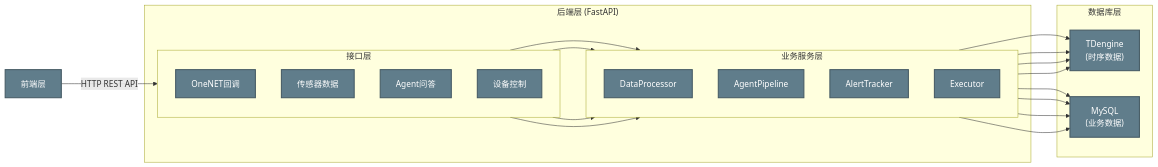
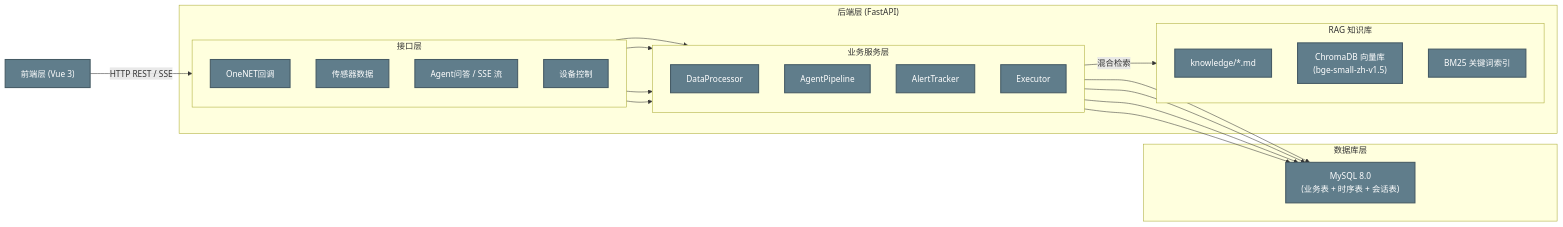
Before and after one commit to Edgar-0919/Fishery-Backend: the first of 2 diagrams in README.md, drawn with Mermaid. The commit also changed other lines of this file and 83 other files, not shown here.

````diff
--- a/README.md
+++ b/README.md
@@ -7,48 +7,56 @@
 ```mermaid
 flowchart LR
     classDef node fill:#607D8B,stroke:#455A64,stroke-width:2px,color:#FFFFFF
     classDef subgraphStyle fill:#ECEFF1,stroke:#90A4AE,stroke-width:2px
 
-    Frontend["前端层"]
+    Frontend["前端层 (Vue 3)"]
 
     subgraph Backend["后端层 (FastAPI)"]
         style Backend subgraphStyle
         subgraph API["接口层"]
             direction TB
             C["OneNET回调"]
             D["传感器数据"]
-            E["Agent问答"]
+            E["Agent问答 / SSE 流"]
             F["设备控制"]
         end
         subgraph Service["业务服务层"]
             direction TB
             G["DataProcessor"]
             H["AgentPipeline"]
             I["AlertTracker"]
             J["Executor"]
         end
+        subgraph RAG["RAG 知识库"]
+            direction TB
+            L["knowledge/*.md"]
+            M["ChromaDB 向量库<br/>(bge-small-zh-v1.5)"]
+            N["BM25 关键词索引"]
+        end
     end
 
     subgraph Database["数据库层"]
         style Database subgraphStyle
-        K["TDengine<br/>(时序数据)"]
-        L["MySQL<br/>(业务数据)"]
+        K["MySQL 8.0<br/>(业务表 + 时序表 + 会话表)"]
+
     end
 
-    Frontend -->|"HTTP REST API"| API
+    Frontend -->|"HTTP REST / SSE"| API
 
     C --> G
     D --> G
     E --> H
     F --> J
     G --> K
-    G --> L
+
     H --> K
-    H --> L
+
+    H -->|"混合检索"| RAG
+
     I --> K
-    I --> L
+
     J --> K
-    J --> L
 
-    class Frontend,C,D,E,F,G,H,I,J,K,L node
+
+    class Frontend,C,D,E,F,G,H,I,J,K,L,M,N node
 ```
````
